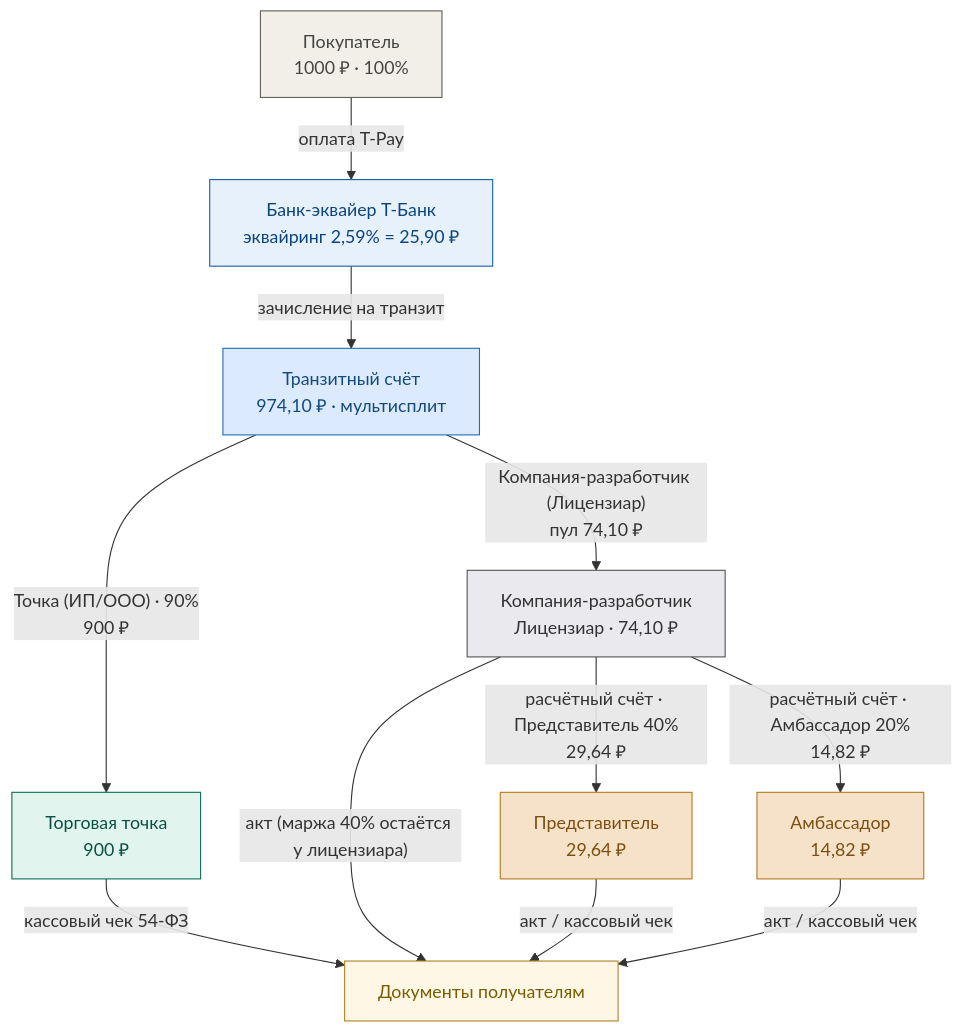
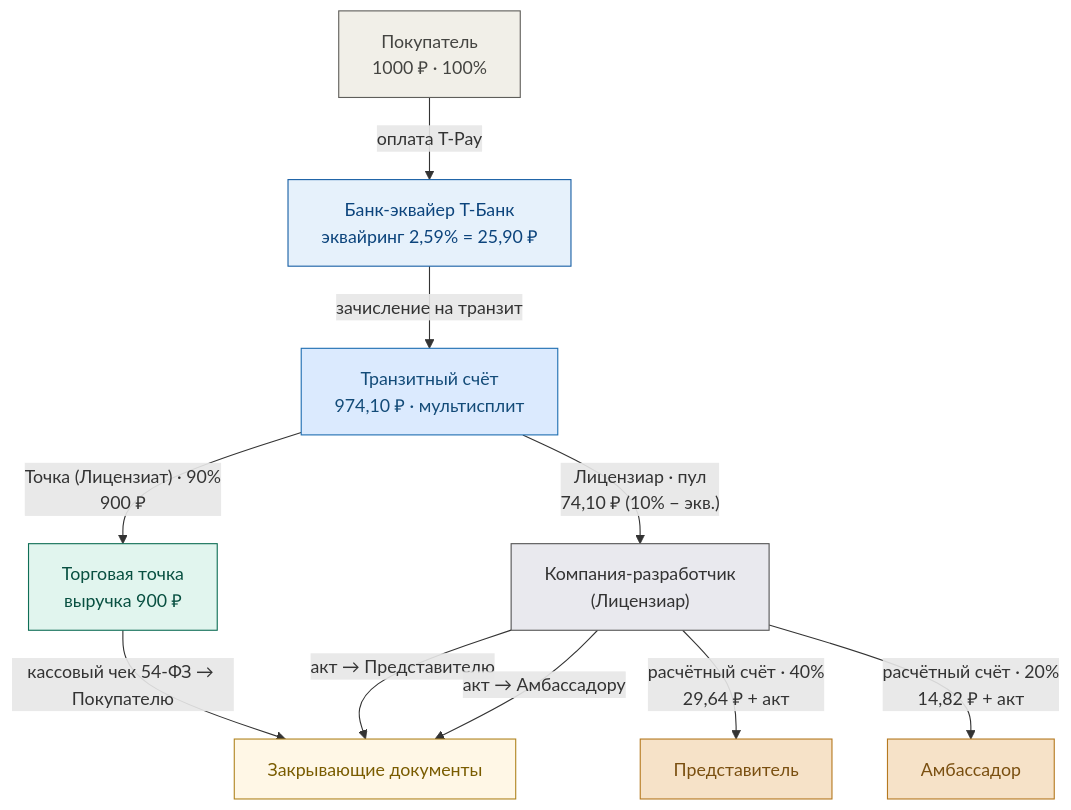
The fourth of 4 diagrams in docs/money_flow_dev_operator_settlement.md (axiiom-ru/lovii), drawn with Mermaid before and after one commit. The commit also changed other lines of this file and 1 other file, not shown here.

````diff
--- a/docs/money_flow_dev_operator_settlement.md
+++ b/docs/money_flow_dev_operator_settlement.md
@@ -107,22 +97,21 @@
 ```mermaid
 flowchart TD
     P["Покупатель<br/>1000 ₽ · 100%"] -->|"оплата T-Pay"| B["Банк-эквайер Т-Банк<br/>эквайринг 2,59% = 25,90 ₽"]
     B -->|"зачисление на транзит"| T["Транзитный счёт<br/>974,10 ₽ · мультисплит"]
-    T -->|"Точка (ИП/ООО) · 90%<br/>900 ₽"| S["Торговая точка<br/>900 ₽"]
-    T -->|"Компания-разработчик (Лицензиар)<br/>пул 74,10 ₽"| C["Компания-разработчик<br/>Лицензиар · 74,10 ₽"]
-    C -->|"расчётный счёт · Представитель 40%<br/>29,64 ₽"| R["Представитель<br/>29,64 ₽"]
-    C -->|"расчётный счёт · Амбассадор 20%<br/>14,82 ₽"| A["Амбассадор<br/>14,82 ₽"]
-    S -->|"кассовый чек 54-ФЗ"| DOC["Документы получателям"]
-    C -->|"акт (маржа 40% остаётся у лицензиара)"| DOC
-    R -->|"акт / кассовый чек"| DOC
-    A -->|"акт / кассовый чек"| DOC
+    T -->|"Точка (Лицензиат) · 90%<br/>900 ₽"| S["Торговая точка<br/>выручка 900 ₽"]
+    T -->|"Лицензиар · пул<br/>74,10 ₽ (10% − экв.)"| C["Компания-разработчик<br/>(Лицензиар)"]
+    C -->|"расчётный счёт · 40%<br/>29,64 ₽ + акт"| R["Представитель"]
+    C -->|"расчётный счёт · 20%<br/>14,82 ₽ + акт"| A["Амбассадор"]
+    S -->|"кассовый чек 54-ФЗ → Покупателю"| D["Закрывающие документы"]
+    C -->|"акт → Представителю"| D
+    C -->|"акт → Амбассадору"| D
 
     classDef buyer fill:#f1efe8,stroke:#5f5e5a,color:#444441;
     classDef bank fill:#e6f1fb,stroke:#185fa5,color:#0c447c;
     classDef transit fill:#dbeafe,stroke:#1f6fb2,color:#134b78;
     classDef shop fill:#e1f5ee,stroke:#0f6e56,color:#085041;
     classDef dev fill:#e9e9ee,stroke:#555,color:#333;
     classDef rep fill:#f6e2c8,stroke:#b5791f,color:#7a4f10;
     classDef doc fill:#fff7e6,stroke:#b08520,color:#7a5c00;
-    class P buyer; class B bank; class T transit; class S shop; class C dev; class R rep; class A rep; class DOC doc;
+    class P buyer; class B bank; class T transit; class S shop; class C dev; class R rep; class A rep; class D doc;
 ```
````
